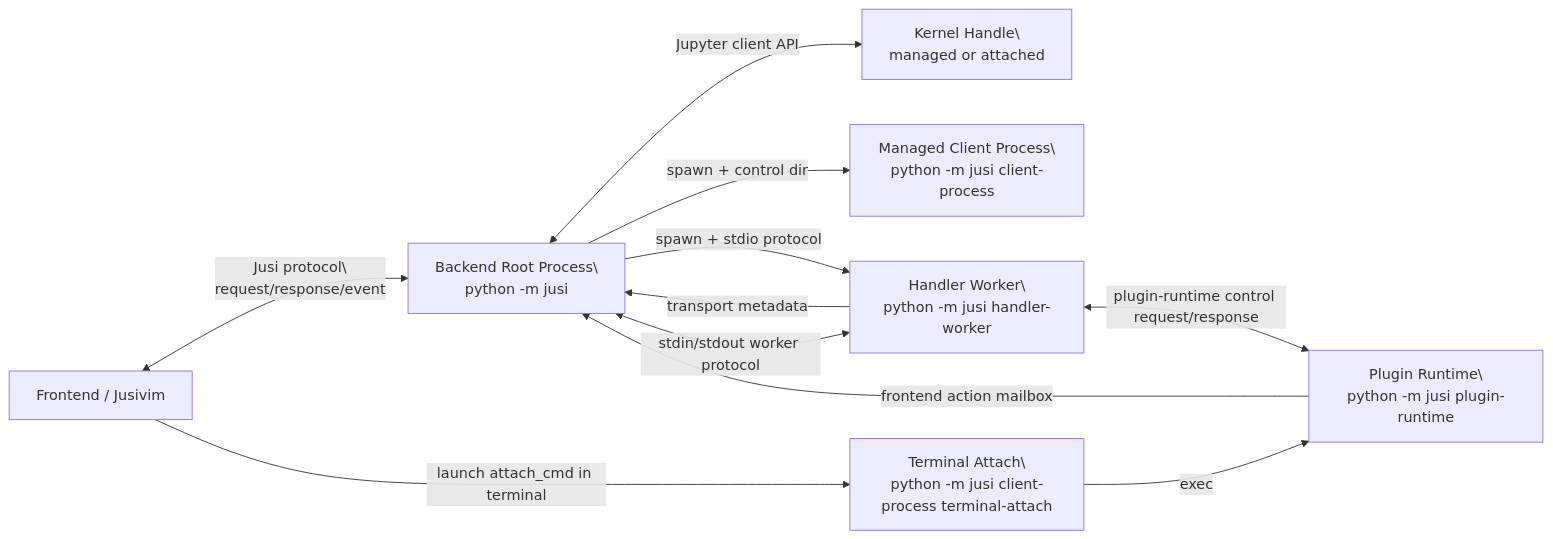
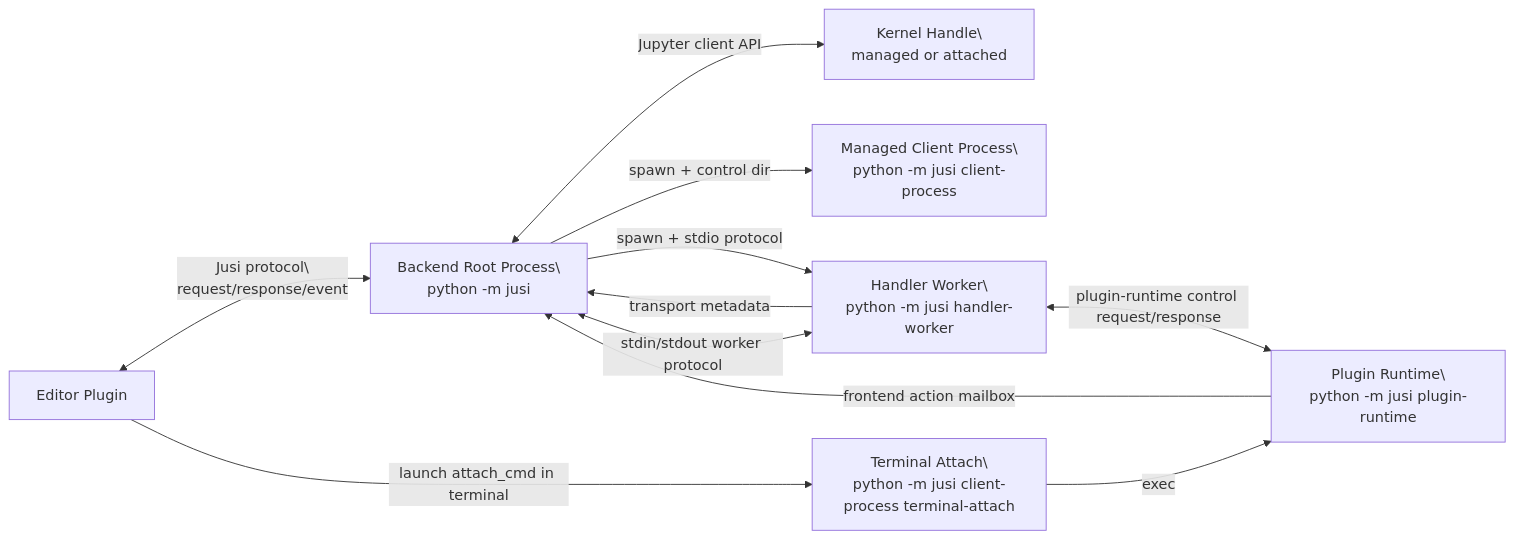
One commit to notawhaleble/jusi changed the first of 6 diagrams in docs/backend-map.md. Above: the diagram before and after it, drawn with Mermaid. The commit also changed other lines of this file and 7 other files, not shown here.

````diff
--- a/docs/backend-map.md
+++ b/docs/backend-map.md
@@ -143,21 +143,21 @@
 ```mermaid
 flowchart LR
-    F[Frontend / Jusivim]
+    F[Editor Plugin]
     B[Backend Root Process\\npython -m jusi]
     K[Kernel Handle\\nmanaged or attached]
     C[Managed Client Process\\npython -m jusi client-process]
     W[Handler Worker\\npython -m jusi handler-worker]
     T[Terminal Attach\\npython -m jusi client-process terminal-attach]
     P[Plugin Runtime\\npython -m jusi plugin-runtime]
 
     F <-->|Jusi protocol\\nrequest/response/event| B
     B <-->|Jupyter client API| K
     B -->|spawn + control dir| C
     B -->|spawn + stdio protocol| W
     W -->|transport metadata| B
     F -->|launch attach_cmd in terminal| T
     T -->|exec| P
     W <-->|stdin/stdout worker protocol| B
     W <-->|plugin-runtime control request/response| P
     P -->|frontend action mailbox| B
 ```
````
